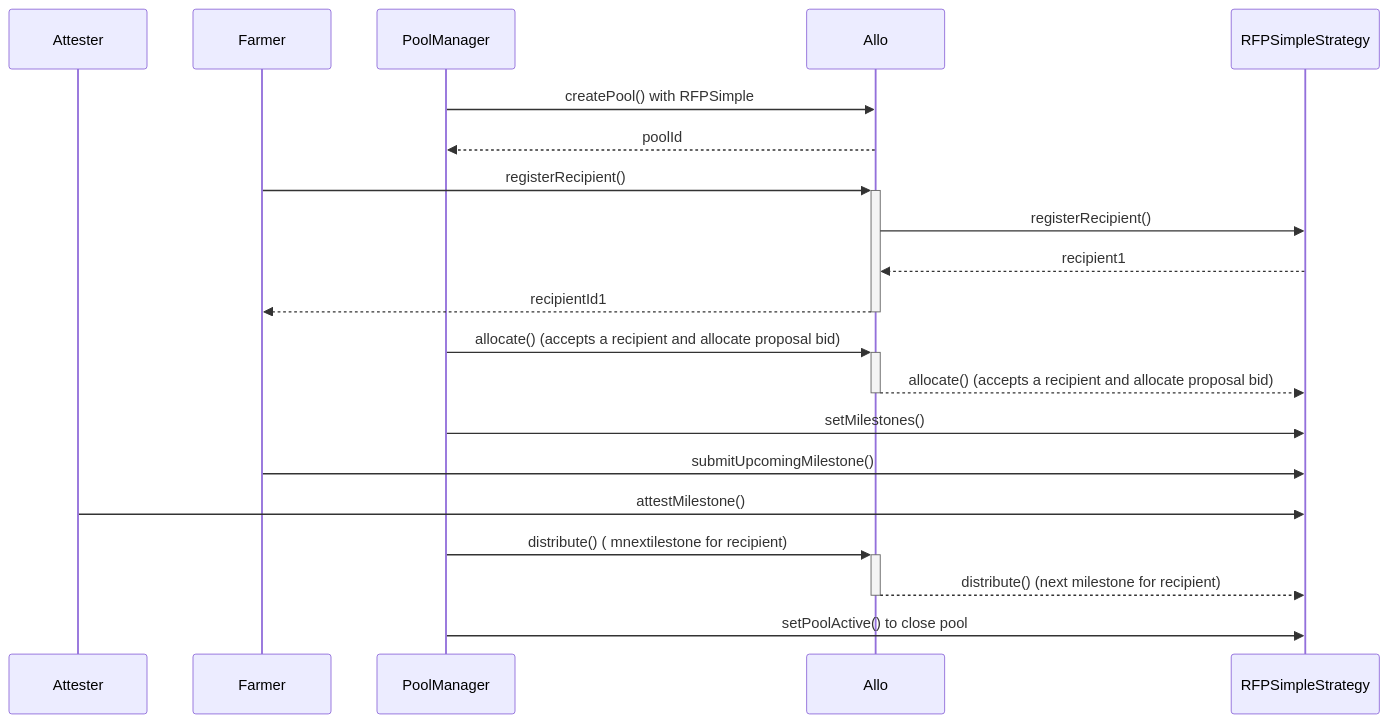
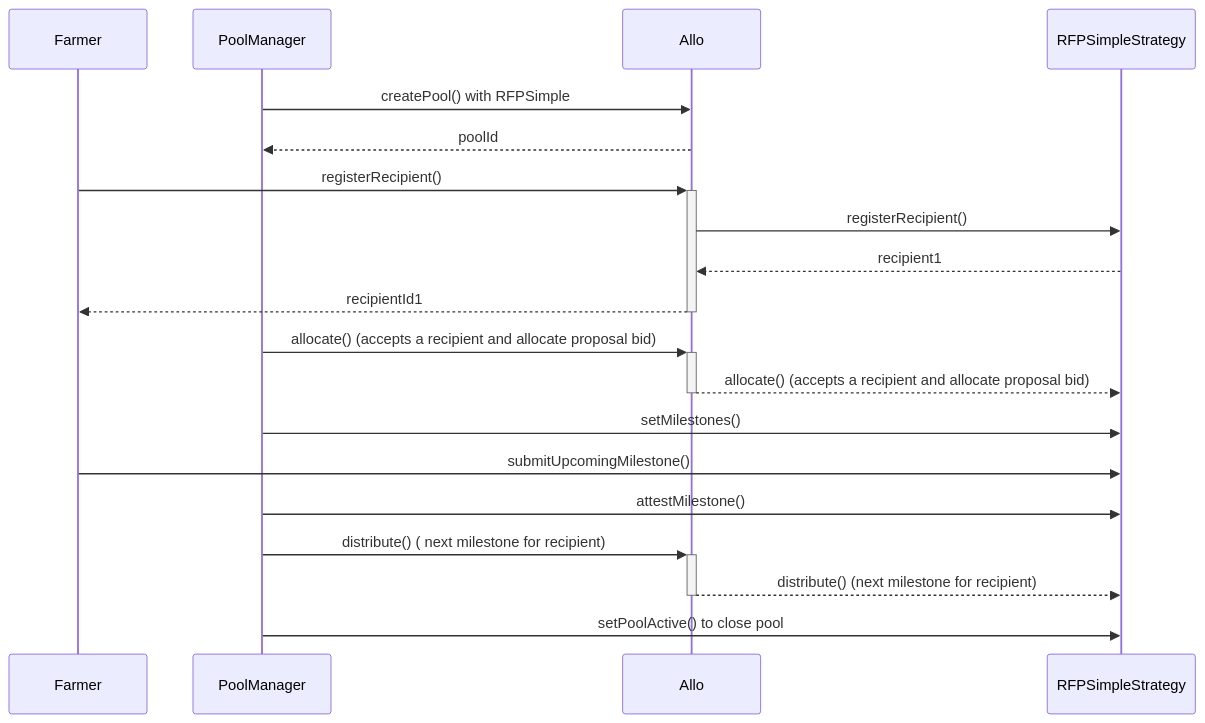
Before and after one commit to chrisarevalo11/superhack: the diagram in README.md, drawn with Mermaid.

Commit message:
updated flow in readme

````diff
--- a/README.md
+++ b/README.md
@@ -23,23 +23,22 @@
 ```mermaid
 sequenceDiagram
-    participant Attester
     participant Farmer
     participant PoolManager
     participant Allo
     participant RFPSimpleStrategy
 
     PoolManager->>Allo: createPool() with RFPSimple
     Allo-->>PoolManager: poolId
     Farmer->>+Allo: registerRecipient()
     Allo->>RFPSimpleStrategy: registerRecipient()
     RFPSimpleStrategy-->>Allo: recipient1
     Allo-->>-Farmer: recipientId1
     PoolManager->>+Allo: allocate() (accepts a recipient and allocate proposal bid)
     Allo-->>-RFPSimpleStrategy: allocate() (accepts a recipient and allocate proposal bid)
     PoolManager->> RFPSimpleStrategy: setMilestones()
     Farmer->> RFPSimpleStrategy: submitUpcomingMilestone()
-    Attester->>RFPSimpleStrategy: attestMilestone()
-    PoolManager->>+Allo: distribute() ( mnextilestone for recipient)
+    PoolManager->>RFPSimpleStrategy: attestMilestone()
+    PoolManager->>+Allo: distribute() ( next milestone for recipient)
     Allo-->>-RFPSimpleStrategy: distribute() (next milestone for recipient)
     PoolManager->>RFPSimpleStrategy: setPoolActive() to close pool
 ```
````
